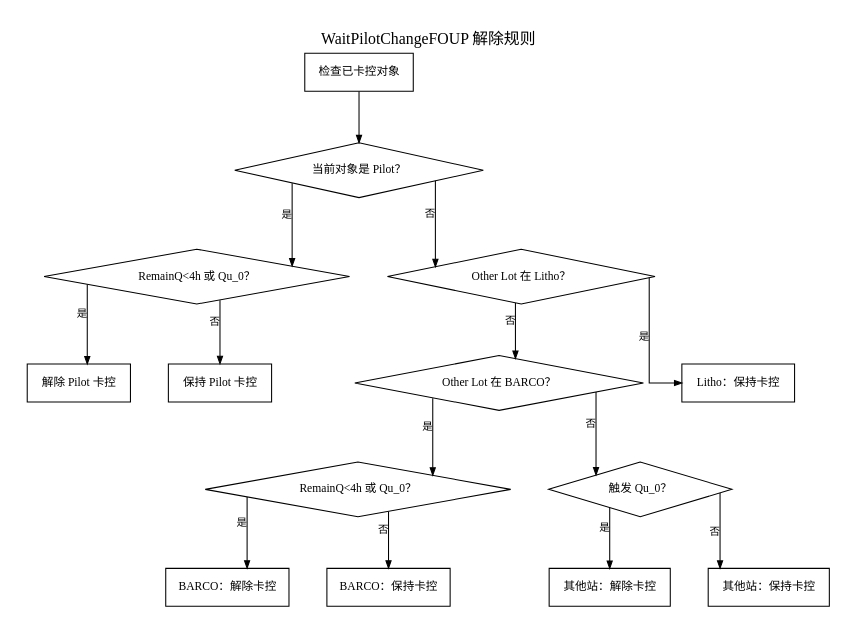
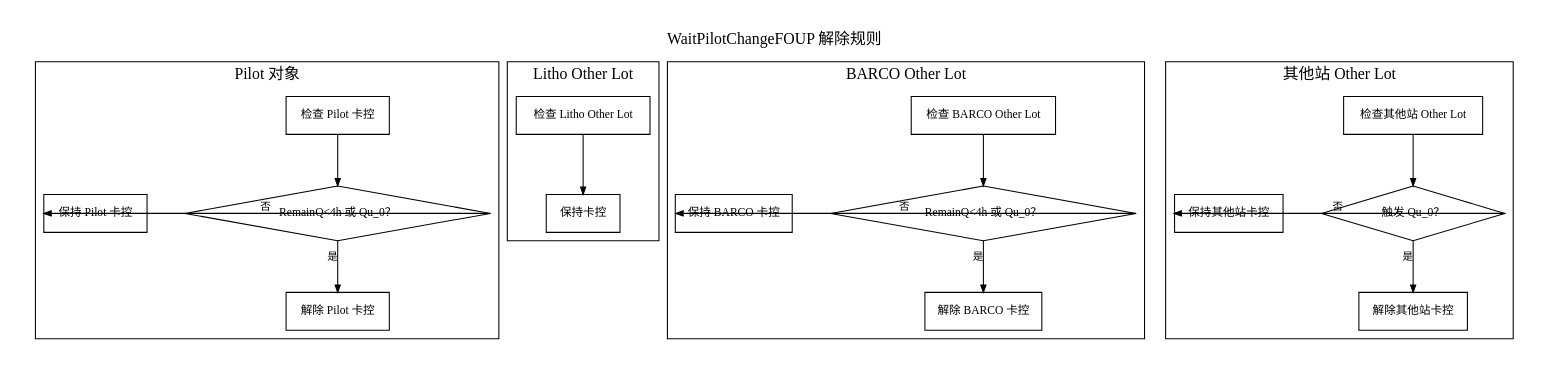
Before and after one commit to laanthony06-spec/AI: the diagram in 00.raw-materials/90.processed/LithoAutoPiRun/流程图/Graphviz优化版/04B_WaitPilotChangeFOUP解除规则.dot, drawn with Graphviz. The commit also changed 42 other files, not shown here.

```diff
--- a/00.raw-materials/90.processed/LithoAutoPiRun/流程图/Graphviz优化版/04B_WaitPilotChangeFOUP解除规则.dot
+++ b/00.raw-materials/90.processed/LithoAutoPiRun/流程图/Graphviz优化版/04B_WaitPilotChangeFOUP解除规则.dot
@@ -1,60 +1,82 @@
 digraph WaitPilotChangeFoupRelease {
   graph [
     charset="UTF-8",
     rankdir=TB,
     splines=ortho,
     bgcolor="white",
     pad=0.25,
     nodesep=0.5,
     ranksep=0.68,
     fontname="Microsoft YaHei",
     fontsize=15,
     labelloc="t",
     label="WaitPilotChangeFOUP 解除规则"
   ];
   node [
     shape=box,
     style="solid",
     color="black",
     fontcolor="black",
     fontname="Microsoft YaHei",
     fontsize=11,
     margin="0.16,0.10"
   ];
   edge [
     color="black",
     fontcolor="black",
     fontname="Microsoft YaHei",
     fontsize=10,
     arrowsize=0.7
   ];
 
-  start [label="检查已卡控对象"];
-  is_pilot [shape=diamond, label="当前对象是 Pilot？"];
-  pilot_release [shape=diamond, label="RemainQ<4h 或 Qu_0？"];
-  litho [shape=diamond, label="Other Lot 在 Litho？"];
-  barco [shape=diamond, label="Other Lot 在 BARCO？"];
-  barco_release [shape=diamond, label="RemainQ<4h 或 Qu_0？"];
-  other_release [shape=diamond, label="触发 Qu_0？"];
-  pilot_remove [label="解除 Pilot 卡控"];
-  pilot_keep [label="保持 Pilot 卡控"];
-  litho_keep [label="Litho：保持卡控"];
-  barco_remove [label="BARCO：解除卡控"];
-  barco_keep [label="BARCO：保持卡控"];
-  other_remove [label="其他站：解除卡控"];
-  other_keep [label="其他站：保持卡控"];
+  subgraph cluster_pilot {
+    label="Pilot 对象";
+    color="black";
+    pilot_start [label="检查 Pilot 卡控"];
+    pilot_release [shape=diamond, label="RemainQ<4h 或 Qu_0？"];
+    pilot_remove [label="解除 Pilot 卡控"];
+    pilot_keep [label="保持 Pilot 卡控"];
 
-  start -> is_pilot;
-  is_pilot -> pilot_release [xlabel="是"];
-  pilot_release -> pilot_remove [xlabel="是"];
-  pilot_release -> pilot_keep [xlabel="否"];
-  is_pilot -> litho [xlabel="否"];
-  litho -> litho_keep [xlabel="是"];
-  litho -> barco [xlabel="否"];
-  barco -> barco_release [xlabel="是"];
-  barco_release -> barco_remove [xlabel="是"];
-  barco_release -> barco_keep [xlabel="否"];
-  barco -> other_release [xlabel="否"];
-  other_release -> other_remove [xlabel="是"];
-  other_release -> other_keep [xlabel="否"];
+    pilot_start:s -> pilot_release:n;
+    pilot_release:s -> pilot_remove:n [xlabel="是"];
+    { rank=same; pilot_release; pilot_keep; }
+    pilot_release:e -> pilot_keep:w [xlabel="否", constraint=false];
+  }
+
+  subgraph cluster_litho {
+    label="Litho Other Lot";
+    color="black";
+    litho_start [label="检查 Litho Other Lot"];
+    litho_keep [label="保持卡控"];
+
+    litho_start:s -> litho_keep:n;
+  }
+
+  subgraph cluster_barco {
+    label="BARCO Other Lot";
+    color="black";
+    barco_start [label="检查 BARCO Other Lot"];
+    barco_release [shape=diamond, label="RemainQ<4h 或 Qu_0？"];
+    barco_remove [label="解除 BARCO 卡控"];
+    barco_keep [label="保持 BARCO 卡控"];
+
+    barco_start:s -> barco_release:n;
+    barco_release:s -> barco_remove:n [xlabel="是"];
+    { rank=same; barco_release; barco_keep; }
+    barco_release:e -> barco_keep:w [xlabel="否", constraint=false];
+  }
+
+  subgraph cluster_other {
+    label="其他站 Other Lot";
+    color="black";
+    other_start [label="检查其他站 Other Lot"];
+    other_release [shape=diamond, label="触发 Qu_0？"];
+    other_remove [label="解除其他站卡控"];
+    other_keep [label="保持其他站卡控"];
+
+    other_start:s -> other_release:n;
+    other_release:s -> other_remove:n [xlabel="是"];
+    { rank=same; other_release; other_keep; }
+    other_release:e -> other_keep:w [xlabel="否", constraint=false];
+  }
 }
```
